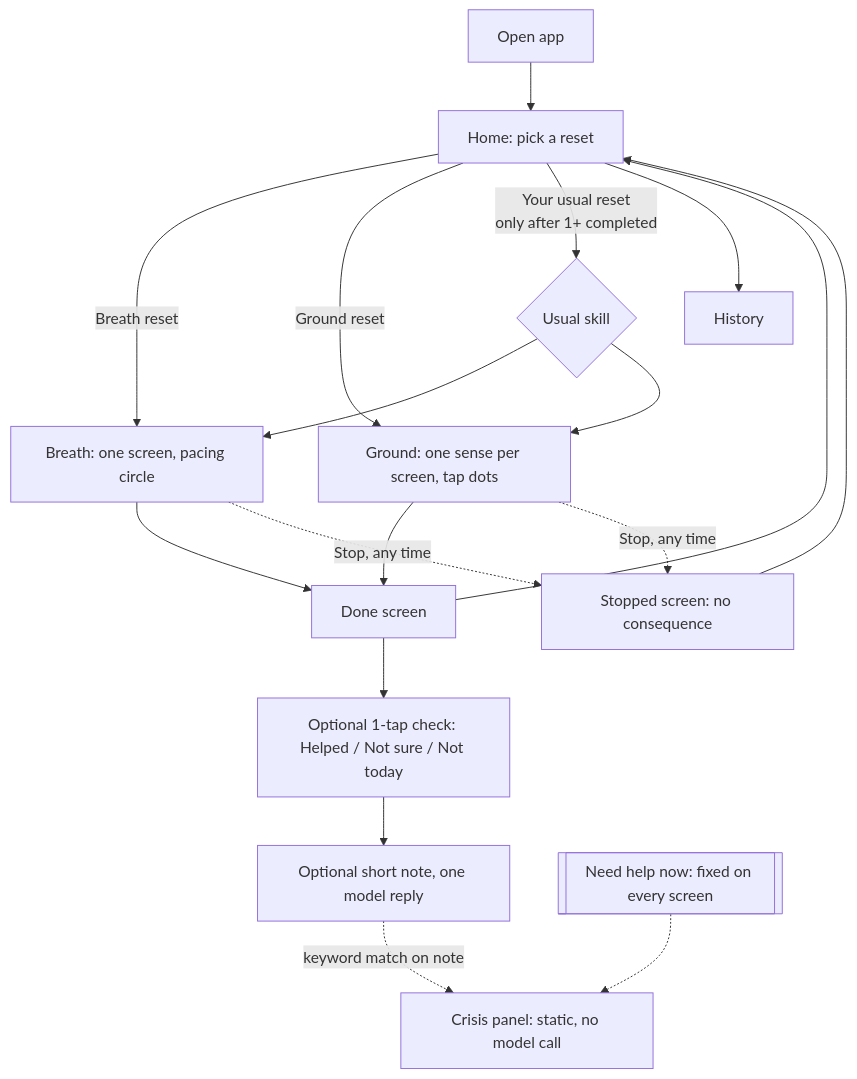
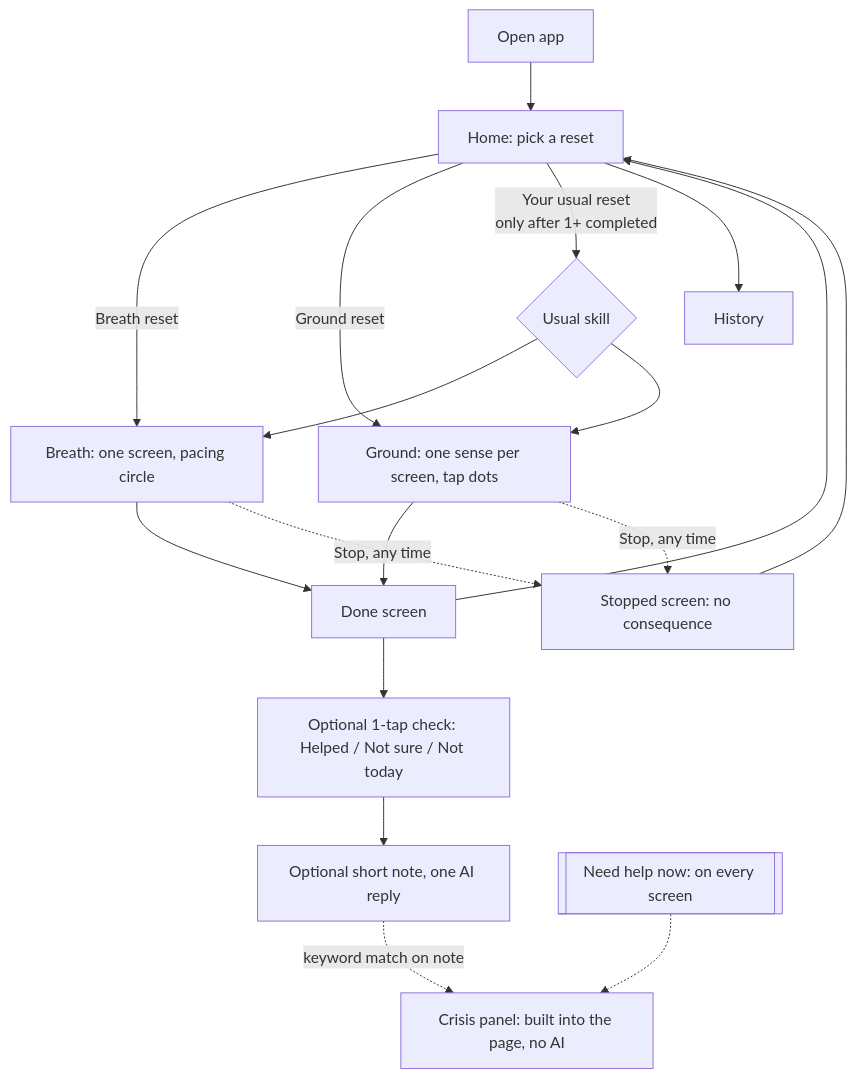
One commit to ferrgarzaa/reset-skills-prototype changed the diagram in docs/design.md. Above: the diagram before and after it, drawn with Mermaid. The commit also changed other lines of this file and 1 other file, not shown here.

````diff
--- a/docs/design.md
+++ b/docs/design.md
@@ -26,21 +26,21 @@
 ```mermaid
 flowchart TD
     A[Open app] --> B[Home: pick a reset]
     B -->|Breath reset| C[Breath: one screen, pacing circle]
     B -->|Ground reset| D[Ground: one sense per screen, tap dots]
     B -->|Your usual reset<br/>only after 1+ completed| E{Usual skill}
     E --> C
     E --> D
     C --> F[Done screen]
     D --> F
     C -.->|Stop, any time| G[Stopped screen: no consequence]
     D -.->|Stop, any time| G
     F --> H[Optional 1-tap check: Helped / Not sure / Not today]
-    H --> I[Optional short note, one model reply]
+    H --> I[Optional short note, one AI reply]
     F --> B
     G --> B
     B --> J[History]
 
-    K[[Need help now: fixed on every screen]] -.-> L[Crisis panel: static, no model call]
+    K[[Need help now: on every screen]] -.-> L[Crisis panel: built into the page, no AI]
     I -.->|keyword match on note| L
 ```
````
